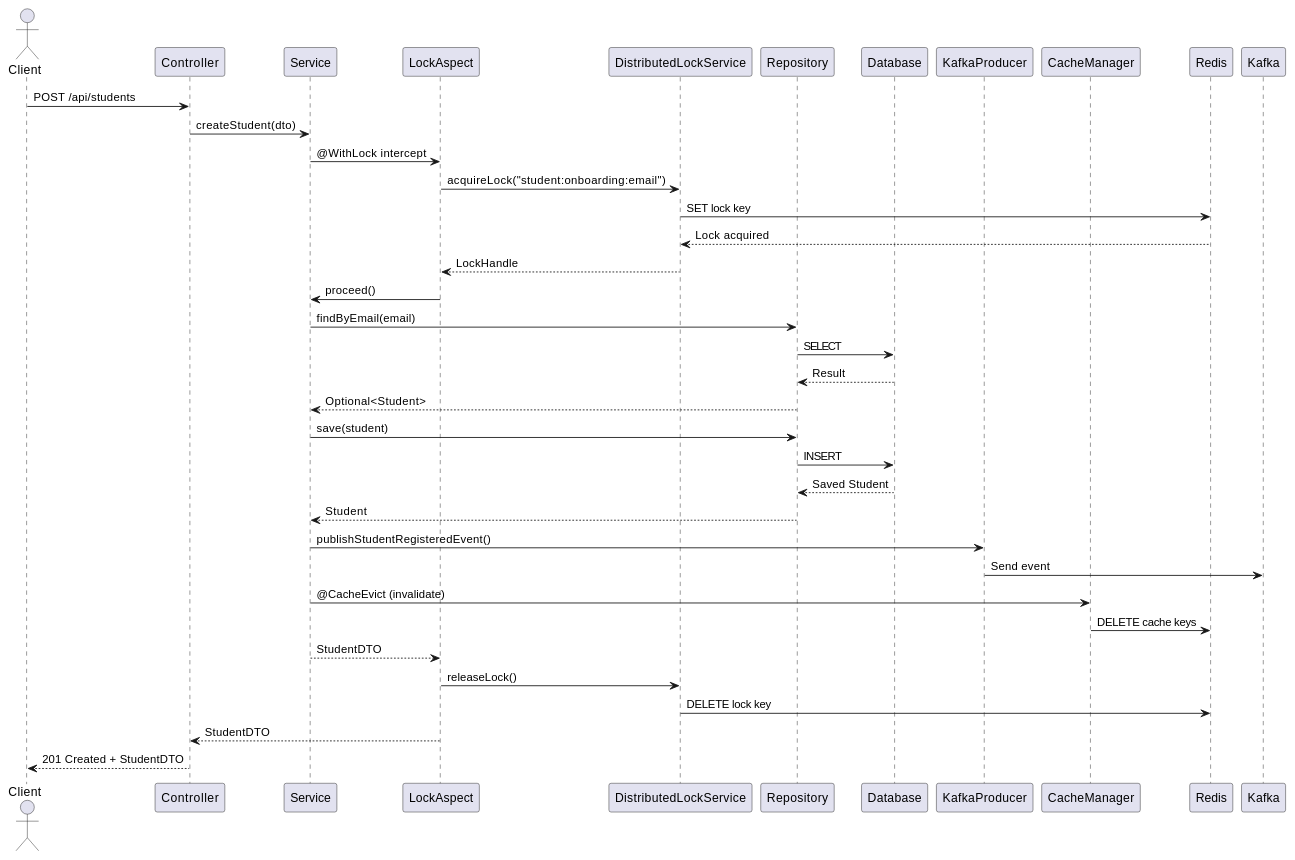
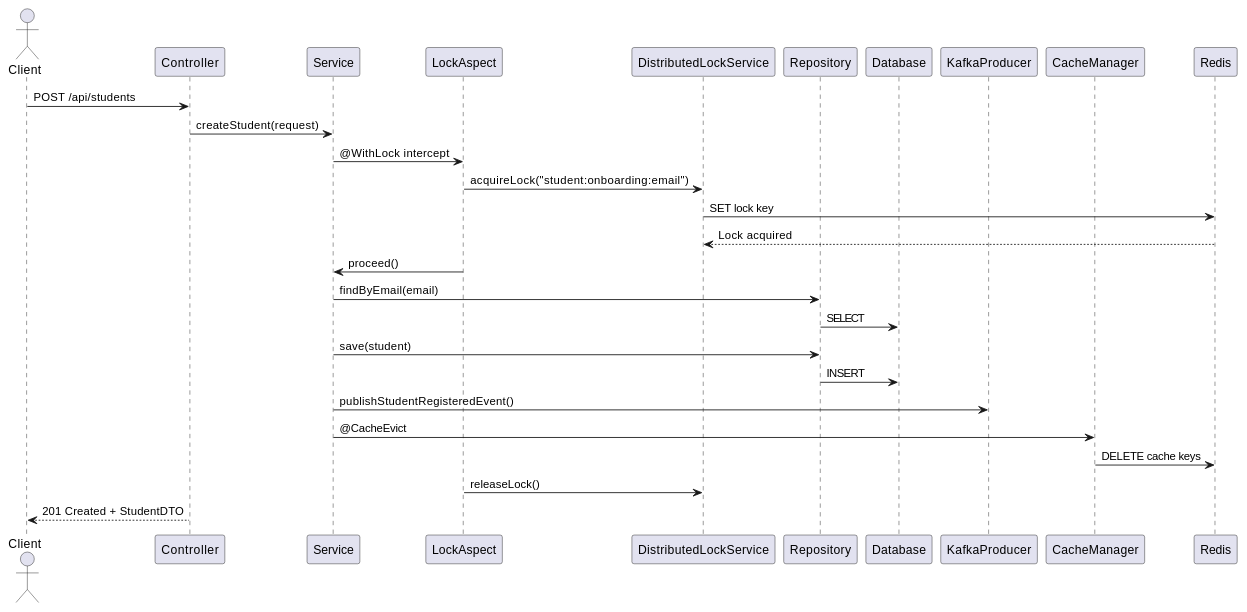
The first of 3 diagrams in PROJECT_DOCUMENTATION.md (saurabh989759/saurabh-academy), drawn with PlantUML before and after one commit. The commit also changed other lines of this file and 99 other files, not shown here.

````diff
--- a/PROJECT_DOCUMENTATION.md
+++ b/PROJECT_DOCUMENTATION.md
@@ -916,39 +508,30 @@
 ```plantuml
-@startuml Student Creation
+@startuml
 actor Client
 participant Controller
 participant Service
 participant LockAspect
 participant DistributedLockService
 participant Repository
 participant Database
 participant KafkaProducer
 participant CacheManager
 
 Client -> Controller: POST /api/students
-Controller -> Service: createStudent(dto)
+Controller -> Service: createStudent(request)
 Service -> LockAspect: @WithLock intercept
 LockAspect -> DistributedLockService: acquireLock("student:onboarding:email")
 DistributedLockService -> Redis: SET lock key
 Redis --> DistributedLockService: Lock acquired
-DistributedLockService --> LockAspect: LockHandle
 LockAspect -> Service: proceed()
 Service -> Repository: findByEmail(email)
 Repository -> Database: SELECT
-Database --> Repository: Result
-Repository --> Service: Optional<Student>
 Service -> Repository: save(student)
 Repository -> Database: INSERT
-Database --> Repository: Saved Student
-Repository --> Service: Student
 Service -> KafkaProducer: publishStudentRegisteredEvent()
-KafkaProducer -> Kafka: Send event
-Service -> CacheManager: @CacheEvict (invalidate)
+Service -> CacheManager: @CacheEvict
 CacheManager -> Redis: DELETE cache keys
-Service --> LockAspect: StudentDTO
 LockAspect -> DistributedLockService: releaseLock()
-DistributedLockService -> Redis: DELETE lock key
-LockAspect --> Controller: StudentDTO
 Controller --> Client: 201 Created + StudentDTO
 @enduml
 ```
````
